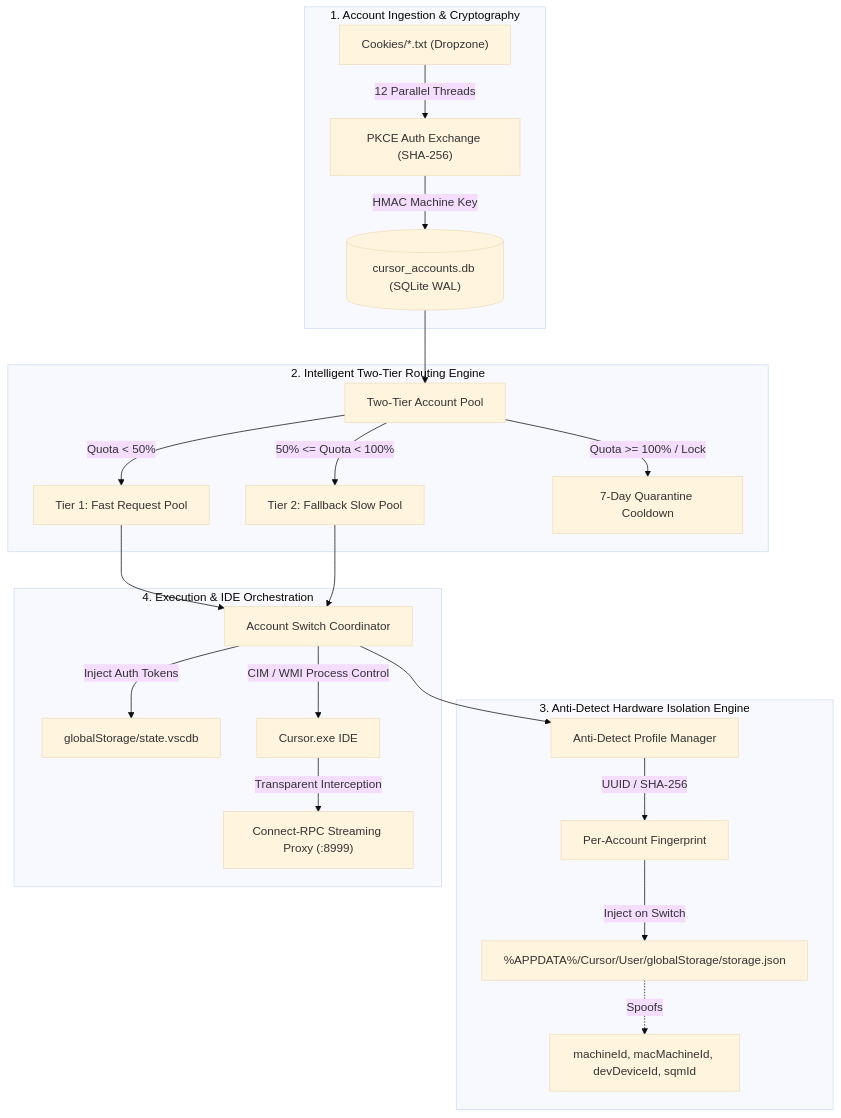
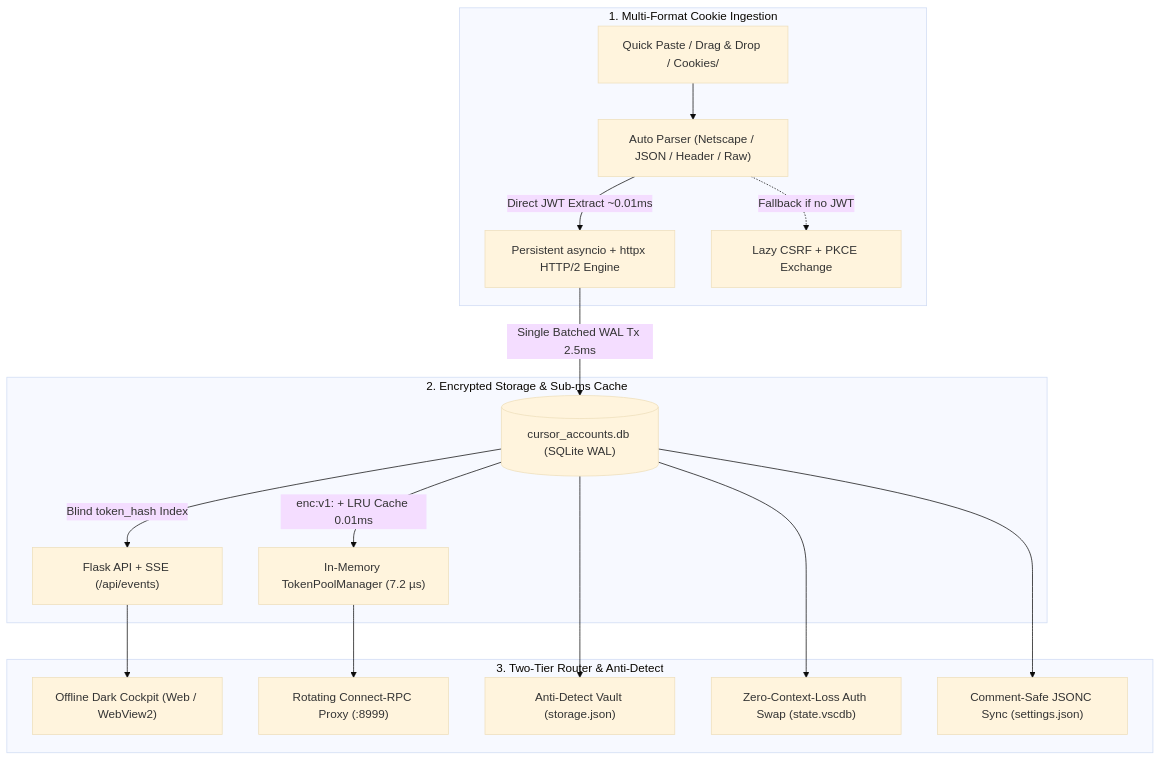
One commit to darwnlinz1/CursorRouter changed the diagram in README.md. Above: the diagram before and after it, drawn with Mermaid (base theme). The commit also changed other lines of this file and 39 other files, not shown here.

````diff
--- a/README.md
+++ b/README.md
@@ -48,28 +57,22 @@
 ```mermaid
 flowchart TD
-    subgraph Ingestion ["1. Account Ingestion & Cryptography"]
-        CK["Cookies/*.txt (Dropzone)"] -->|12 Parallel Threads| PKCE["PKCE Auth Exchange (SHA-256)"]
-        PKCE -->|HMAC Machine Key| DB[("cursor_accounts.db (SQLite WAL)")]
+    subgraph Ingest ["1. Multi-Format Cookie Ingestion"]
+        PASTE["Quick Paste / Drag & Drop / Cookies/"] --> PARSE["Auto Parser (Netscape / JSON / Header / Raw)"]
+        PARSE -->|Direct JWT Extract ~0.01ms| H2["Persistent asyncio + httpx HTTP/2 Engine"]
+        PARSE -.->|Fallback if no JWT| PKCE["Lazy CSRF + PKCE Exchange"]
     end
 
-    subgraph Routing ["2. Intelligent Two-Tier Routing Engine"]
-        DB --> POOL["Two-Tier Account Pool"]
-        POOL -->|Quota < 50%| T1["Tier 1: Fast Request Pool"]
-        POOL -->|50% <= Quota < 100%| T2["Tier 2: Fallback Slow Pool"]
-        POOL -->|Quota >= 100% / Lock| CD["7-Day Quarantine Cooldown"]
+    subgraph Storage ["2. Encrypted Storage & Sub-ms Cache"]
+        H2 -->|Single Batched WAL Tx 2.5ms| DB[("cursor_accounts.db (SQLite WAL)")]
+        DB -->|enc:v1: + LRU Cache 0.01ms| TPOOL["In-Memory TokenPoolManager (7.2 µs)"]
+        DB -->|Blind token_hash Index| API["Flask API + SSE (/api/events)"]
     end
 
-    subgraph AntiDetect ["3. Anti-Detect Hardware Isolation Engine"]
-        AD["Anti-Detect Profile Manager"] -->|UUID / SHA-256| FP["Per-Account Fingerprint"]
-        FP -->|Inject on Switch| SJ["%APPDATA%/Cursor/User/globalStorage/storage.json"]
-        SJ -.->|Spoofs| HIDS["machineId, macMachineId, devDeviceId, sqmId"]
-    end
-
-    subgraph Execution ["4. Execution & IDE Orchestration"]
-        T1 & T2 --> ROUTER["Account Switch Coordinator"]
-        ROUTER --> AD
-        ROUTER -->|Inject Auth Tokens| DBVSC["globalStorage/state.vscdb"]
-        ROUTER -->|CIM / WMI Process Control| CEXE["Cursor.exe IDE"]
-        CEXE -->|Transparent Interception| PROXY["Connect-RPC Streaming Proxy (:8999)"]
+    subgraph Routing ["3. Two-Tier Router & Anti-Detect"]
+        API --> UI["Offline Dark Cockpit (Web / WebView2)"]
+        TPOOL --> PROXY["Rotating Connect-RPC Proxy (:8999)"]
+        DB --> AD["Anti-Detect Vault (storage.json)"]
+        DB --> VSC["Zero-Context-Loss Auth Swap (state.vscdb)"]
+        DB --> JSONC["Comment-Safe JSONC Sync (settings.json)"]
     end
 ```
````
